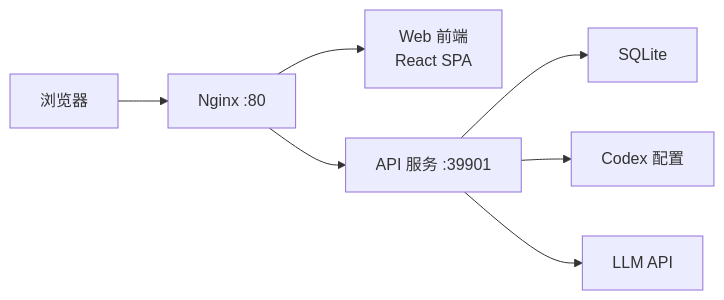
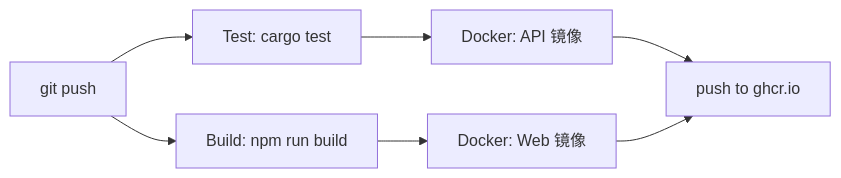
The second of 2 diagrams in README.md (michaellab7284/codex-plus-web), drawn with Mermaid before and after one commit. The commit also changed other lines of this file and 5 other files, not shown here.

Commit message:
Refactor: pure Docker deploy via ghcr.io, remove compose, update install script & README

````diff
--- a/README.md
+++ b/README.md
@@ -158,9 +169,9 @@
 ```mermaid
 graph LR
-    A[浏览器] --> B[Nginx :80]
-    B --> C[Web 前端<br>React SPA]
-    B --> D[API 服务 :39901]
-    D --> E[SQLite]
-    D --> F[Codex 配置]
-    D --> G[LLM API]
+    A[git push] --> B[Test: cargo test]
+    A --> C[Build: npm run build]
+    B --> D[Docker: API 镜像]
+    C --> E[Docker: Web 镜像]
+    D --> F[push to ghcr.io]
+    E --> F
 ```
````
